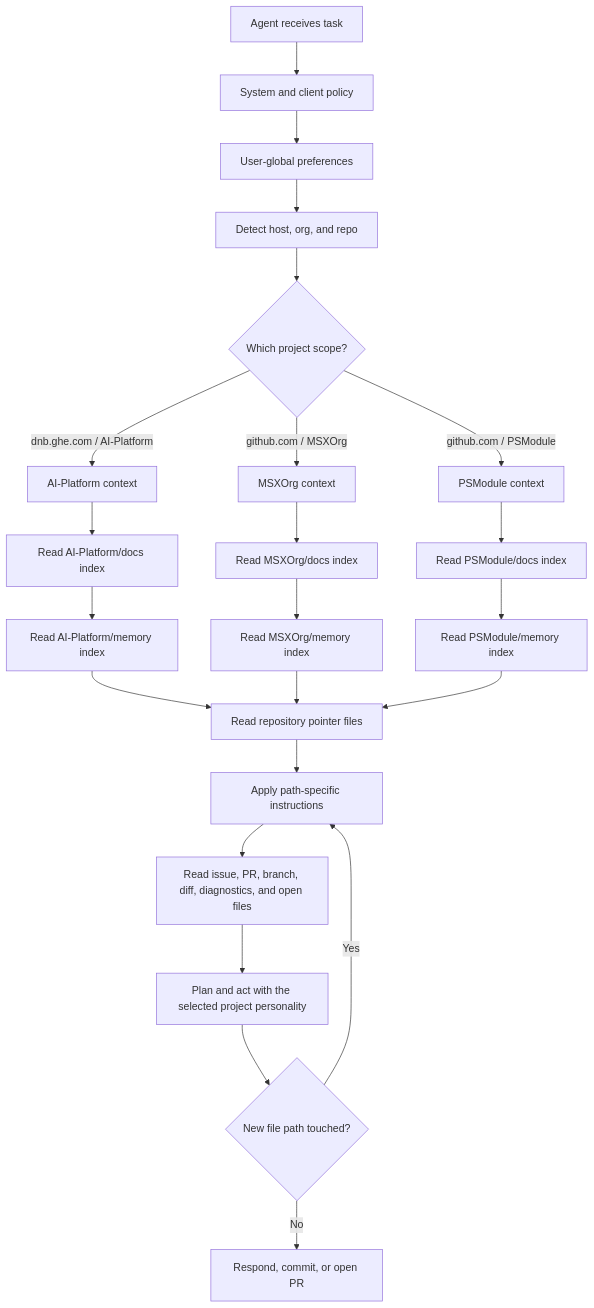
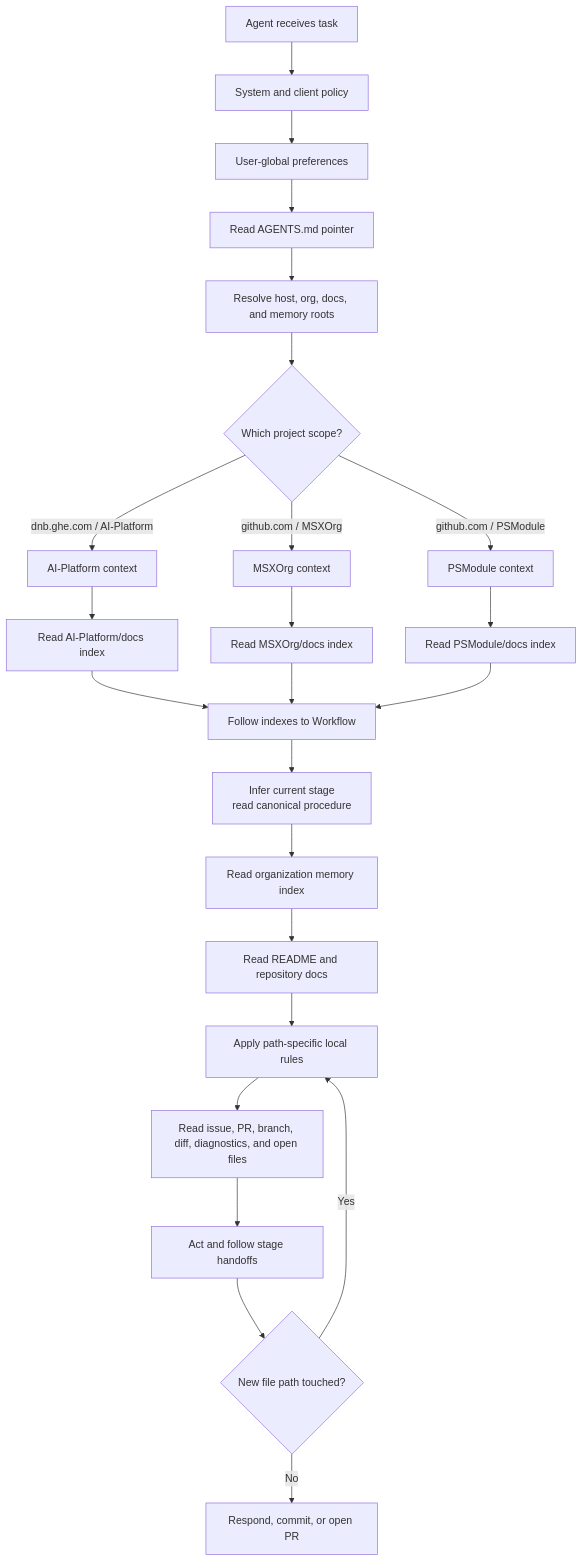
Before and after one commit to MSXOrg/docs: the diagram in src/docs/Frameworks/Agentic-Development/design.md, drawn with Mermaid. The commit also changed other lines of this file and 10 other files, not shown here.

Commit message:
📖 [Docs]: Discover workflow from root indexes

````diff
--- a/src/docs/Frameworks/Agentic-Development/design.md
+++ b/src/docs/Frameworks/Agentic-Development/design.md
@@ -126,32 +128,32 @@
 ```mermaid
 flowchart TD
   start["Agent receives task"] --> policy["System and client policy"]
   policy --> user["User-global preferences"]
-  user --> locate["Detect host, org, and repo"]
+  user --> pointer["Read AGENTS.md pointer"]
+  pointer --> locate["Resolve host, org, docs, and memory roots"]
 
   locate --> host{"Which project scope?"}
   host -->|"dnb.ghe.com / AI-Platform"| aip["AI-Platform context"]
   host -->|"github.com / MSXOrg"| msx["MSXOrg context"]
   host -->|"github.com / PSModule"| psmodule["PSModule context"]
 
   aip --> aipdocs["Read AI-Platform/docs index"]
-  aipdocs --> aipmemory["Read AI-Platform/memory index"]
+  aipdocs --> workflow["Follow indexes to Workflow"]
 
   msx --> msxdocs["Read MSXOrg/docs index"]
-  msxdocs --> msxmemory["Read MSXOrg/memory index"]
+  msxdocs --> workflow
 
   psmodule --> psdocs["Read PSModule/docs index"]
-  psdocs --> psmemory["Read PSModule/memory index"]
+  psdocs --> workflow
 
-  aipmemory --> repo["Read repository pointer files"]
-  msxmemory --> repo
-  psmemory --> repo
-
-  repo --> path["Apply path-specific instructions"]
+  workflow --> stage["Infer current stage<br/>read canonical procedure"]
+  stage --> memory["Read organization memory index"]
+  memory --> repo["Read README and repository docs"]
+  repo --> path["Apply path-specific local rules"]
   path --> task["Read issue, PR, branch, diff, diagnostics, and open files"]
-  task --> act["Plan and act with the selected project personality"]
+  task --> act["Act and follow stage handoffs"]
 
   act --> newpath{"New file path touched?"}
   newpath -->|"Yes"| path
   newpath -->|"No"| done["Respond, commit, or open PR"]
 ```
````
